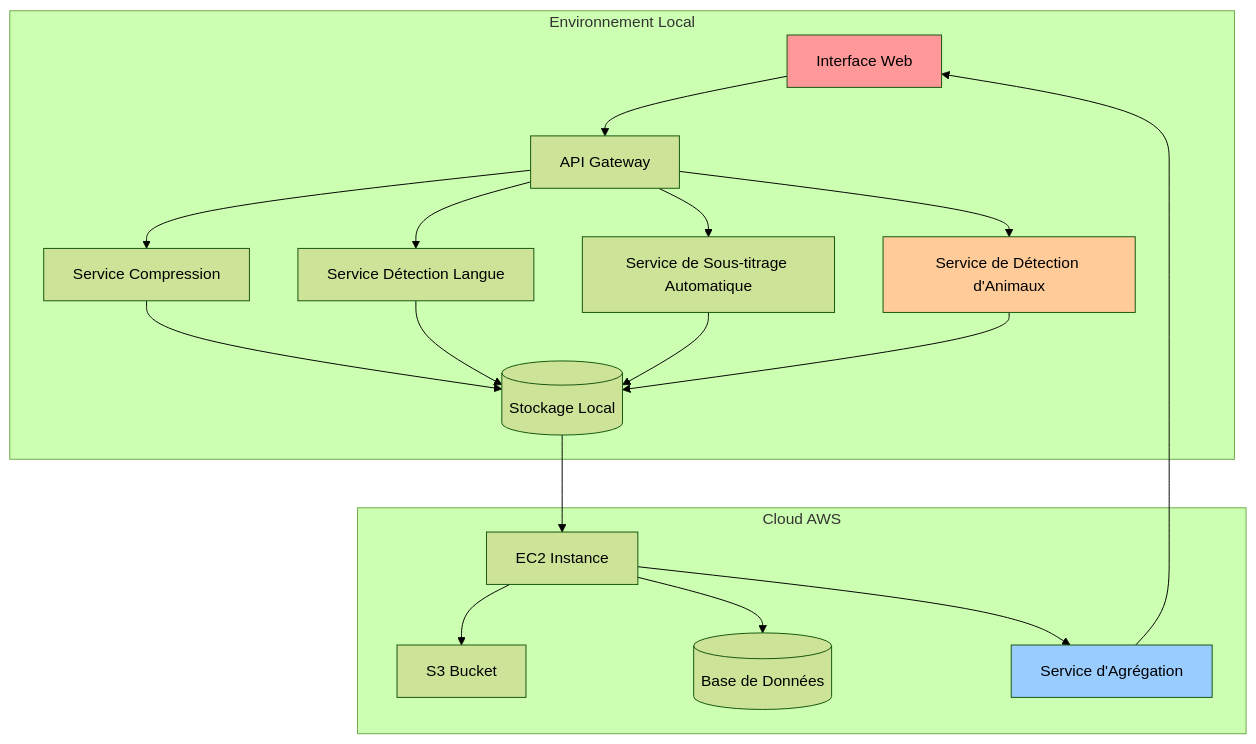
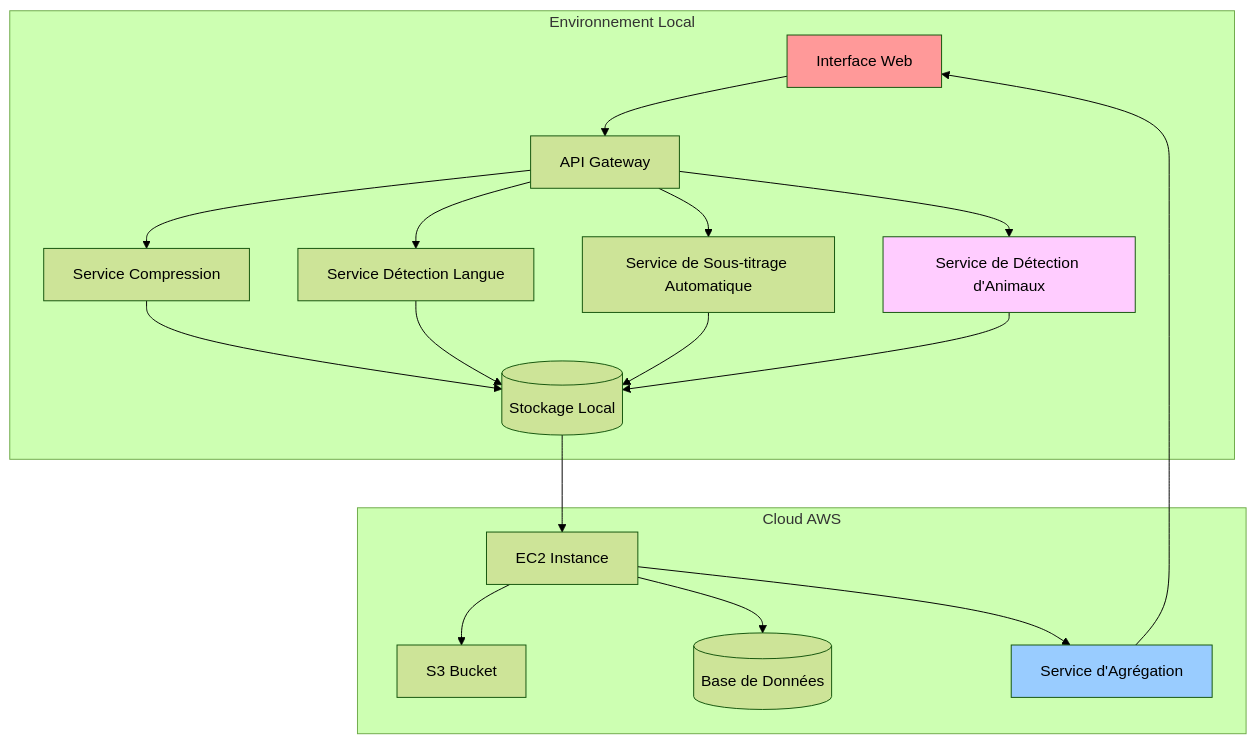
The diagram in Video Processing Pipeline/README.md (fabrice002/Cloud-Computing-Hybrid-Video-Processing), drawn with Mermaid (forest theme) before and after one commit.

````diff
--- a/Video Processing Pipeline/README.md
+++ b/Video Processing Pipeline/README.md
@@ -61,27 +61,27 @@
 ```mermaid
 graph TB
     subgraph "Environnement Local"
         A[Interface Web] --> B[API Gateway]
         B --> C[Service Compression]
         B --> D[Service Détection Langue]
         B --> E[Service de Sous-titrage Automatique]
         B --> F[Service de Détection d'Animaux]
         C --> G[(Stockage Local)]
         D --> G
         E --> G
         F --> G
     end
     
     subgraph "Cloud AWS"
         H[EC2 Instance] --> I[S3 Bucket]
         H --> J[(Base de Données)]
         H --> K[Service d'Agrégation] 
     end
     
     G --> H
     K --> A
     
     style A fill:#ff9999
     style K fill:#99ccff
-    style F fill:#ffcc99
+    style F fill:#ffccff
 ```
````
